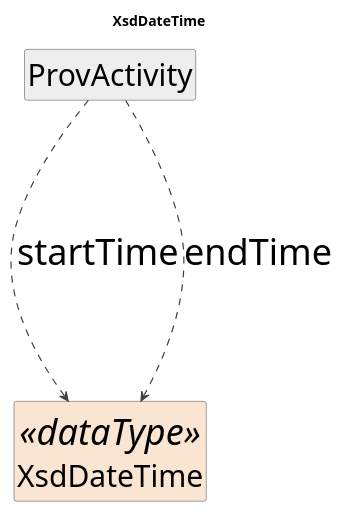
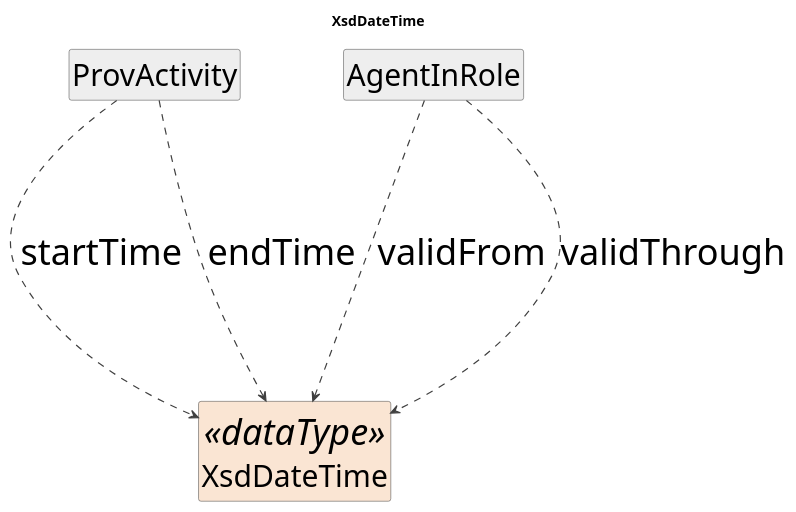
Before and after one commit to Cross-Domain-Interoperability-Framework/metadataBuildingBlocks: the diagram in cdif-uml-model/CDIFProvenance/DataTypes/XsdDateTime.pu, drawn with PlantUML. The commit also changed 485 other files, not shown here.

```diff
--- a/cdif-uml-model/CDIFProvenance/DataTypes/XsdDateTime.pu
+++ b/cdif-uml-model/CDIFProvenance/DataTypes/XsdDateTime.pu
@@ -1,22 +1,25 @@
 @startuml
 title XsdDateTime
 hide circle
 hide empty members
 skinparam shadowing false
 skinparam ArrowThickness 1.2
 skinparam ranksep 250
 skinparam nodesep 20
 skinparam defaultFontSize 36
 skinparam class {
   ArrowColor #404040
   BorderColor #404040
   FontSize 36
   AttributeFontSize 30
 }
 
 class "XsdDateTime" as XsdDateTime <<dataType>> #FAE5D3
 class "ProvActivity" as ProvActivity #EEEEEE
 ProvActivity ..> XsdDateTime : startTime
 ProvActivity ..> XsdDateTime : endTime
+class "AgentInRole" as AgentInRole #EEEEEE
+AgentInRole ..> XsdDateTime : validFrom
+AgentInRole ..> XsdDateTime : validThrough
 
 @enduml
```
